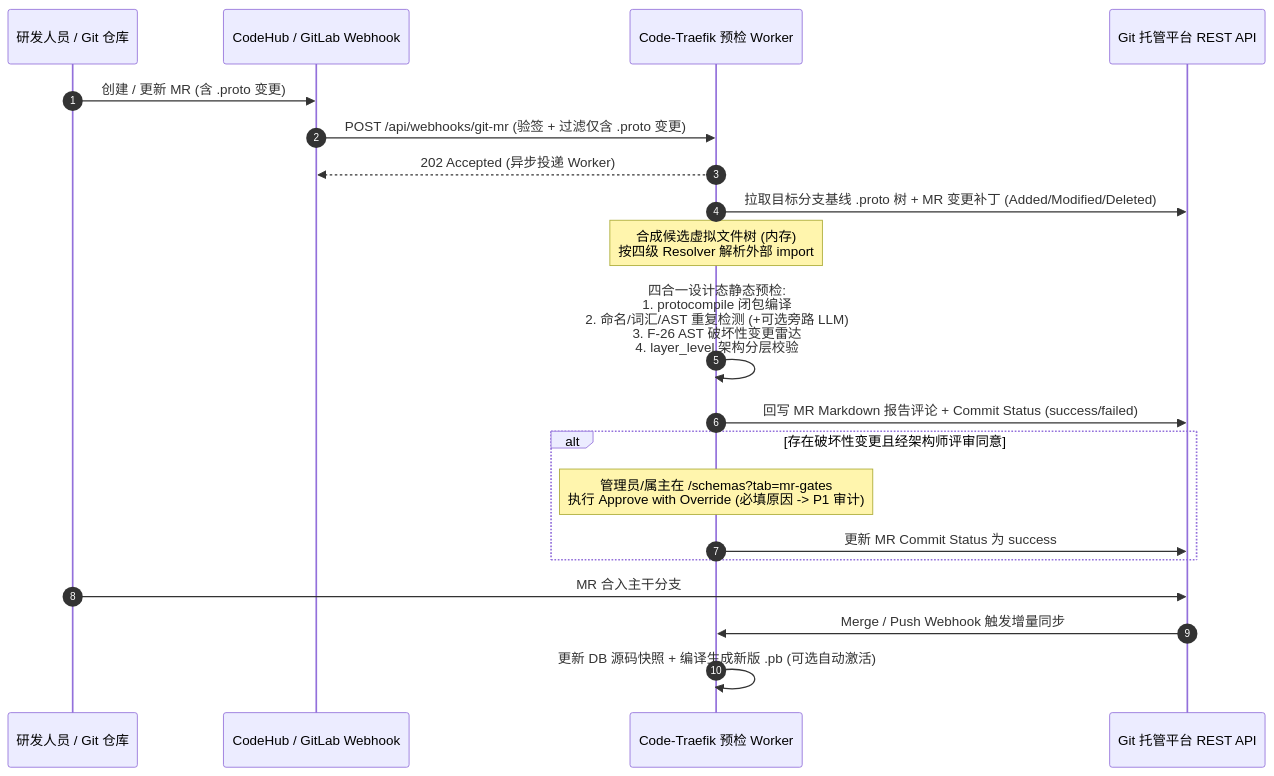
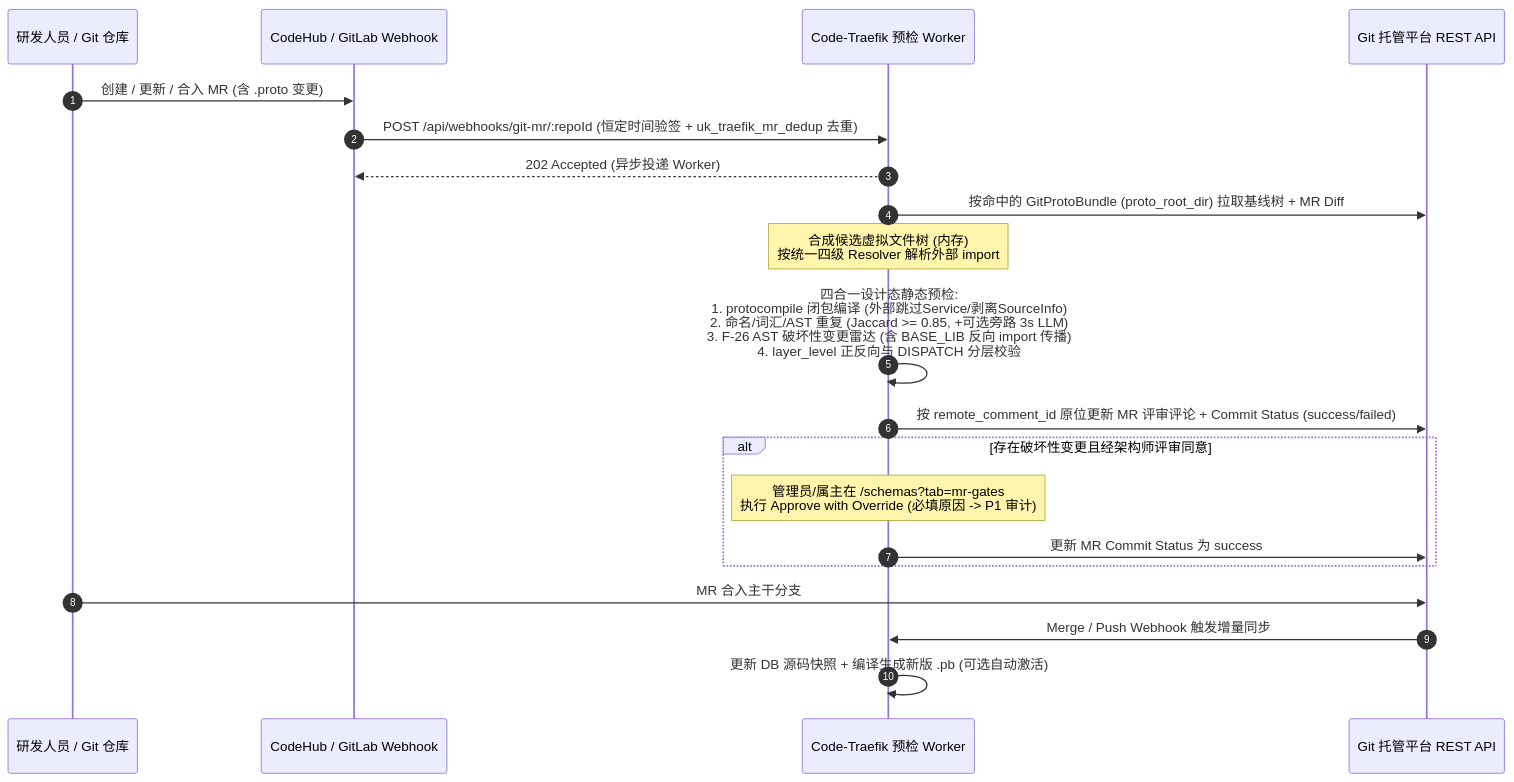
Before and after one commit to fugui/code-traefik: the second of 3 diagrams in docs/05-adr/18-proto-full-lifecycle-and-git-mr-governance-adr.md, drawn with Mermaid. The commit also changed other lines of this file and 15 other files, not shown here.

````diff
--- a/docs/05-adr/18-proto-full-lifecycle-and-git-mr-governance-adr.md
+++ b/docs/05-adr/18-proto-full-lifecycle-and-git-mr-governance-adr.md
@@ -90,23 +90,23 @@
 ```mermaid
 sequenceDiagram
     autonumber
     participant Dev as 研发人员 / Git 仓库
     participant Hook as CodeHub / GitLab Webhook
     participant Server as Code-Traefik 预检 Worker
     participant GitAPI as Git 托管平台 REST API
 
-    Dev->>Hook: 创建 / 更新 MR (含 .proto 变更)
-    Hook->>Server: POST /api/webhooks/git-mr (验签 + 过滤仅含 .proto 变更)
+    Dev->>Hook: 创建 / 更新 / 合入 MR (含 .proto 变更)
+    Hook->>Server: POST /api/webhooks/git-mr/:repoId (恒定时间验签 + uk_traefik_mr_dedup 去重)
     Server-->>Hook: 202 Accepted (异步投递 Worker)
-    Server->>GitAPI: 拉取目标分支基线 .proto 树 + MR 变更补丁 (Added/Modified/Deleted)
-    Note over Server: 合成候选虚拟文件树 (内存)<br/>按四级 Resolver 解析外部 import
-    Server->>Server: 四合一设计态静态预检:<br/>1. protocompile 闭包编译<br/>2. 命名/词汇/AST 重复检测 (+可选旁路 LLM)<br/>3. F-26 AST 破坏性变更雷达<br/>4. layer_level 架构分层校验
-    Server->>GitAPI: 回写 MR Markdown 报告评论 + Commit Status (success/failed)
+    Server->>GitAPI: 按命中的 GitProtoBundle (proto_root_dir) 拉取基线树 + MR Diff
+    Note over Server: 合成候选虚拟文件树 (内存)<br/>按统一四级 Resolver 解析外部 import
+    Server->>Server: 四合一设计态静态预检:<br/>1. protocompile 闭包编译 (外部跳过Service/剥离SourceInfo)<br/>2. 命名/词汇/AST 重复 (Jaccard >= 0.85, +可选旁路 3s LLM)<br/>3. F-26 AST 破坏性变更雷达 (含 BASE_LIB 反向 import 传播)<br/>4. layer_level 正反向与 DISPATCH 分层校验
+    Server->>GitAPI: 按 remote_comment_id 原位更新 MR 评审评论 + Commit Status (success/failed)
     alt 存在破坏性变更且经架构师评审同意
         Note over Server: 管理员/属主在 /schemas?tab=mr-gates<br/>执行 Approve with Override (必填原因 -> P1 审计)
         Server->>GitAPI: 更新 MR Commit Status 为 success
     end
     Dev->>GitAPI: MR 合入主干分支
     GitAPI->>Server: Merge / Push Webhook 触发增量同步
     Server->>Server: 更新 DB 源码快照 + 编译生成新版 .pb (可选自动激活)
 ```
````
